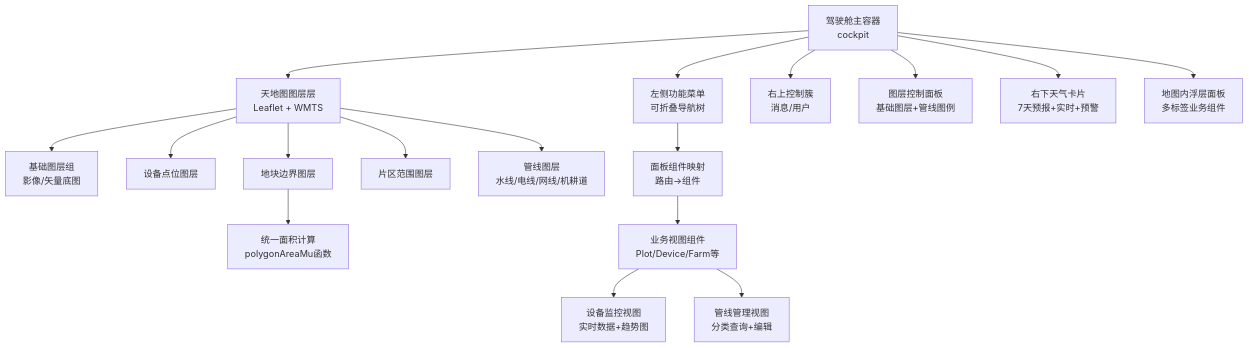
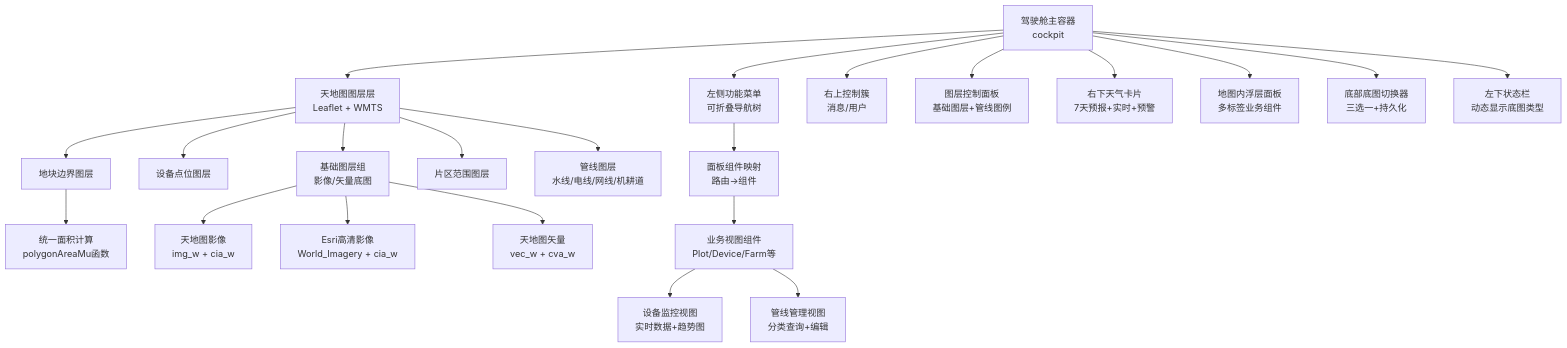
Before and after one commit to q446328246/agri-platform: the first of 3 diagrams in .qoder/repowiki/zh/content/前端应用文档/核心页面/仪表盘页面.md, drawn with Mermaid. The commit also changed other lines of this file and 3 other files, not shown here.

Commit message:
docs: 同步 repowiki 知识库（底图增强后自动重生成）

````diff
--- a/.qoder/repowiki/zh/content/前端应用文档/核心页面/仪表盘页面.md
+++ b/.qoder/repowiki/zh/content/前端应用文档/核心页面/仪表盘页面.md
@@ -58,19 +64,24 @@
 ```mermaid
 graph TB
 Cockpit["驾驶舱主容器<br/>cockpit"] --> MapLayer["天地图图层层<br/>Leaflet + WMTS"]
 Cockpit --> FuncMenu["左侧功能菜单<br/>可折叠导航树"]
 Cockpit --> ControlCluster["右上控制簇<br/>消息/用户"]
 Cockpit --> LayerPanel["图层控制面板<br/>基础图层+管线图例"]
 Cockpit --> WeatherCard["右下天气卡片<br/>7天预报+实时+预警"]
 Cockpit --> MapPanel["地图内浮层面板<br/>多标签业务组件"]
+Cockpit --> BaseMapSwitch["底部底图切换器<br/>三选一+持久化"]
+Cockpit --> StatusBar["左下状态栏<br/>动态显示底图类型"]
 MapLayer --> BaseLayers["基础图层组<br/>影像/矢量底图"]
 MapLayer --> DeviceLayer["设备点位图层"]
 MapLayer --> FieldLayer["地块边界图层"]
 MapLayer --> ZoneLayer["片区范围图层"]
 MapLayer --> LineLayers["管线图层<br/>水线/电线/网线/机耕道"]
 FieldLayer --> AreaCalc["统一面积计算<br/>polygonAreaMu函数"]
+BaseLayers --> TDTImg["天地图影像<br/>img_w + cia_w"]
+BaseLayers --> EsriImg["Esri高清影像<br/>World_Imagery + cia_w"]
+BaseLayers --> TDTVec["天地图矢量<br/>vec_w + cva_w"]
 FuncMenu --> PanelComps["面板组件映射<br/>路由→组件"]
 PanelComps --> BusinessViews["业务视图组件<br/>Plot/Device/Farm等"]
 BusinessViews --> MonitorView["设备监控视图<br/>实时数据+趋势图"]
 BusinessViews --> InfraLineView["管线管理视图<br/>分类查询+编辑"]
 ```
````
